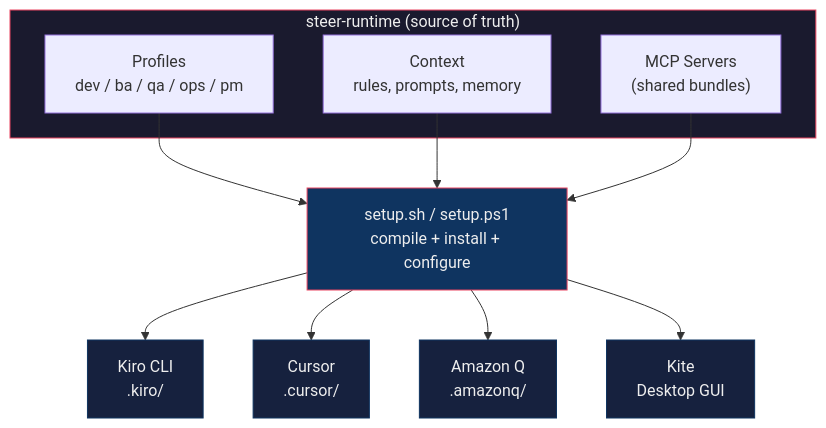
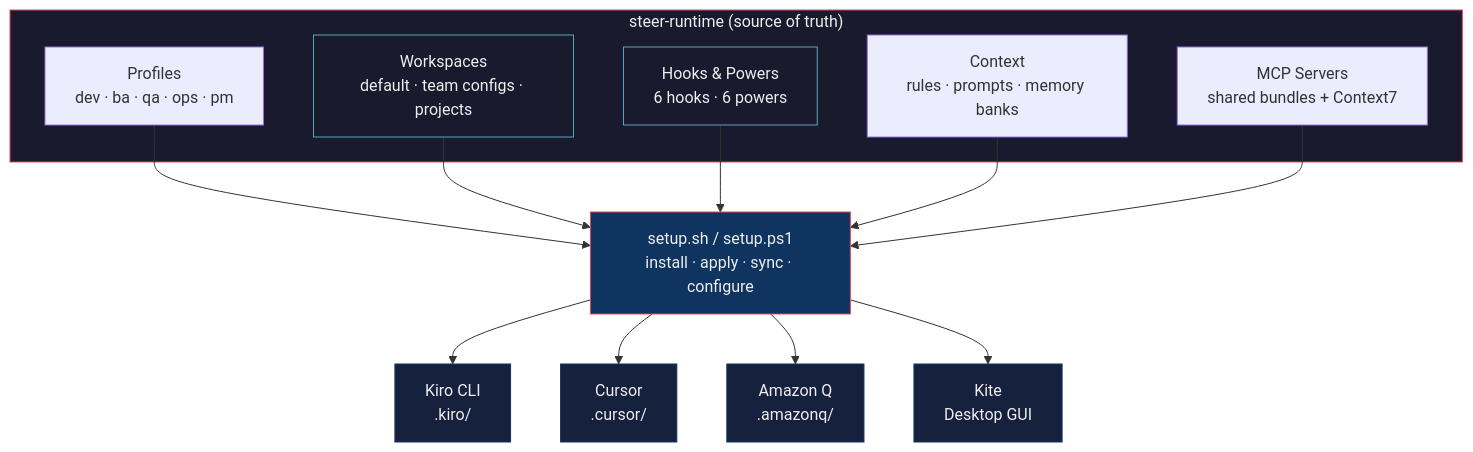
The diagram in README.md (rsanchez-disney/steer-runtime), drawn with Mermaid before and after one commit. The commit also changed other lines of this file, not shown here.

Commit message:
docs: update README architecture diagram and project structure
- Add Workspaces, Hooks & Powers nodes to mermaid graph
- Update setup.sh description to show install/apply/sync/configure
- Expand workspaces/ in project structure to show default + team layout

````diff
--- a/README.md
+++ b/README.md
@@ -205,26 +205,32 @@
 ```mermaid
 graph TD
     subgraph src["steer-runtime (source of truth)"]
-        profiles["Profiles<br/>dev / ba / qa / ops / pm"]
-        context["Context<br/>rules, prompts, memory"]
-        mcp["MCP Servers<br/>(shared bundles)"]
+        profiles["Profiles<br/>dev · ba · qa · ops · pm"]
+        workspaces["Workspaces<br/>default · team configs · projects"]
+        hooks["Hooks & Powers<br/>6 hooks · 6 powers"]
+        context["Context<br/>rules · prompts · memory banks"]
+        mcp["MCP Servers<br/>shared bundles + Context7"]
     end
 
     profiles --> setup
+    workspaces --> setup
+    hooks --> setup
     context --> setup
     mcp --> setup
 
-    setup["setup.sh / setup.ps1<br/>compile + install + configure"]
+    setup["setup.sh / setup.ps1<br/>install · apply · sync · configure"]
 
     setup --> kiro["Kiro CLI<br/>.kiro/"]
     setup --> cursor["Cursor<br/>.cursor/"]
     setup --> amazonq["Amazon Q<br/>.amazonq/"]
     setup --> kite["Kite<br/>Desktop GUI"]
 
     style src fill:#1a1a2e,stroke:#e94560,color:#eee
     style setup fill:#0f3460,stroke:#e94560,color:#eee
+    style workspaces fill:#1a1a2e,stroke:#53a8b6,color:#eee
+    style hooks fill:#1a1a2e,stroke:#53a8b6,color:#eee
     style kiro fill:#16213e,stroke:#0f3460,color:#eee
     style cursor fill:#16213e,stroke:#0f3460,color:#eee
     style amazonq fill:#16213e,stroke:#0f3460,color:#eee
     style kite fill:#16213e,stroke:#0f3460,color:#eee
 ```
````
